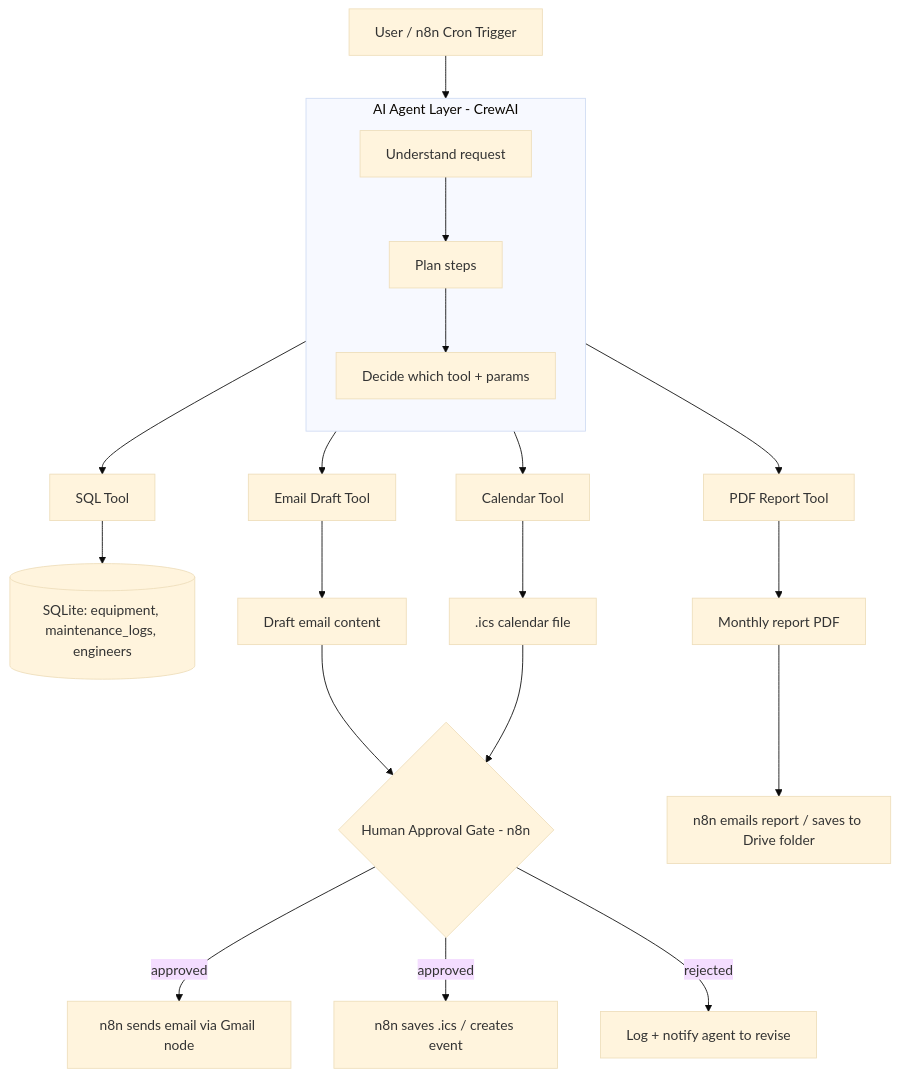
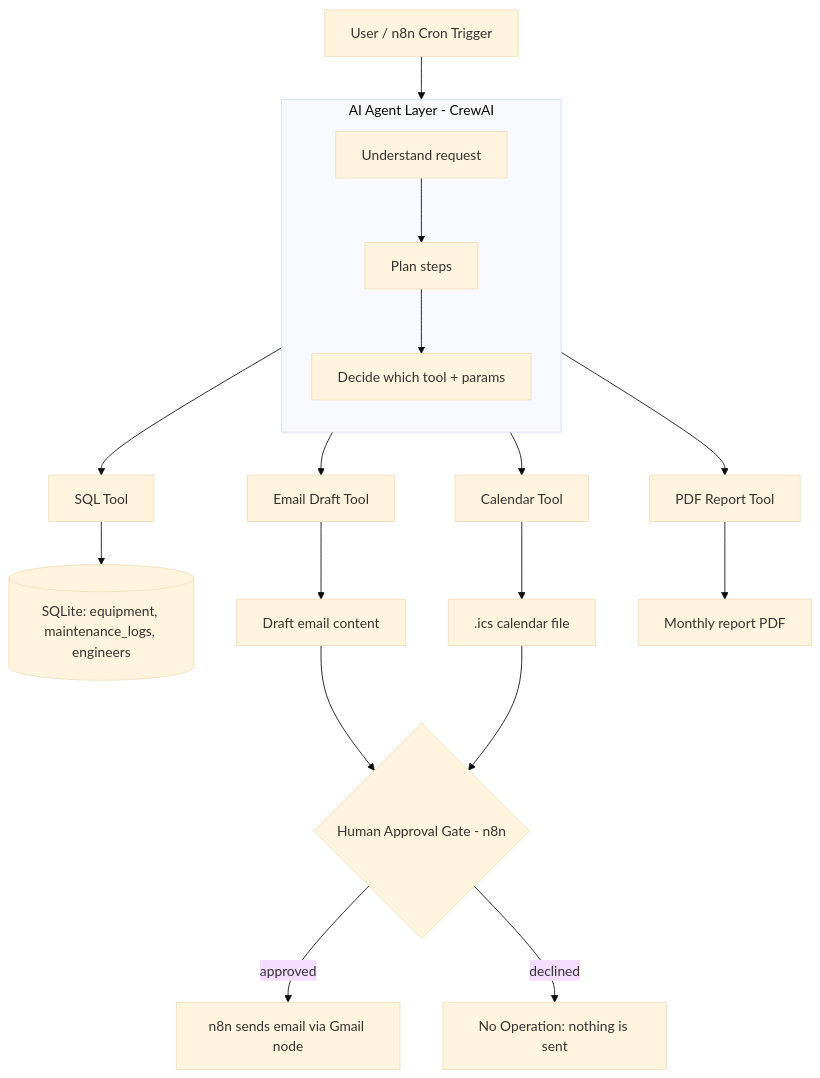
One commit to DarakhshanMujtaba/biomedical-maintenance-ai-agent changed the diagram in docs/03_architecture.md. Above: the diagram before and after it, drawn with Mermaid (base theme). The commit also changed other lines of this file and 15 other files, not shown here.

````diff
--- a/docs/03_architecture.md
+++ b/docs/03_architecture.md
@@ -5,30 +5,28 @@
 ```mermaid
 flowchart TD
     U[User / n8n Cron Trigger] --> A[AI Agent Layer - CrewAI]
 
     subgraph A[AI Agent Layer - CrewAI]
         direction TB
         A1[Understand request]
         A2[Plan steps]
         A3[Decide which tool + params]
         A1 --> A2 --> A3
     end
 
     A3 --> T1[SQL Tool]
     A3 --> T2[Calendar Tool]
     A3 --> T3[Email Draft Tool]
     A3 --> T4[PDF Report Tool]
 
     T1 --> DB[(SQLite: equipment, maintenance_logs, engineers)]
     T2 --> ICS[.ics calendar file]
     T3 --> DRAFT[Draft email content]
     T4 --> PDF[Monthly report PDF]
 
     DRAFT --> H{Human Approval Gate - n8n}
     ICS --> H
     H -- approved --> X1[n8n sends email via Gmail node]
-    H -- approved --> X2[n8n saves .ics / creates event]
-    H -- rejected --> LOG[Log + notify agent to revise]
+    H -- declined --> LOG[No Operation: nothing is sent]
 
-    PDF --> X3[n8n emails report / saves to Drive folder]
 ```
````
